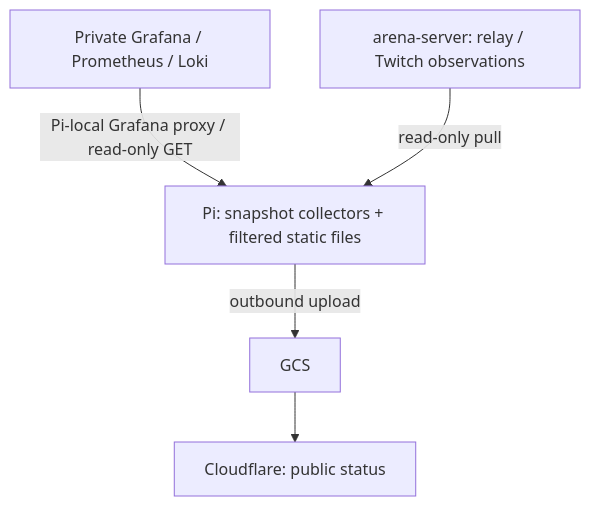
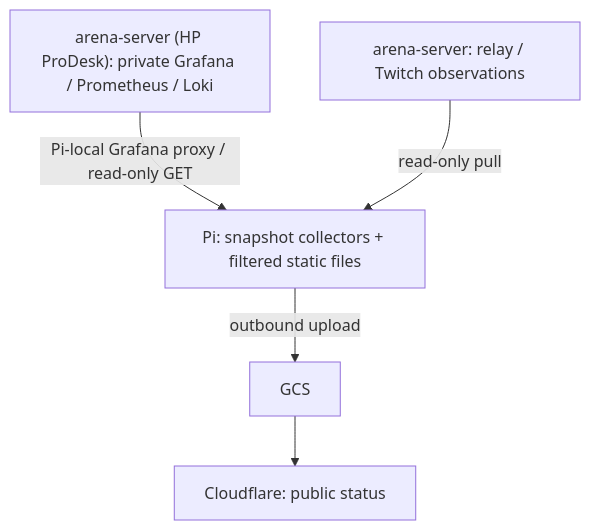
Before and after one commit to yukimurata0421/live-stream-systems-case-study: the second of 2 diagrams in README.md, drawn with Mermaid. The commit also changed other lines of this file and 36 other files, not shown here.

````diff
--- a/README.md
+++ b/README.md
@@ -78,7 +86,7 @@
 ```mermaid
 flowchart TB
-    GRAF["Private Grafana / Prometheus / Loki"] -->|"Pi-local Grafana proxy / read-only GET"| PI["Pi: snapshot collectors + filtered static files"]
+    GRAF["arena-server (HP ProDesk): private Grafana / Prometheus / Loki"] -->|"Pi-local Grafana proxy / read-only GET"| PI["Pi: snapshot collectors + filtered static files"]
     ARENA["arena-server: relay / Twitch observations"] -->|"read-only pull"| PI
     PI -->|"outbound upload"| GCS["GCS"]
     GCS --> CF["Cloudflare: public status"]
 ```
````
